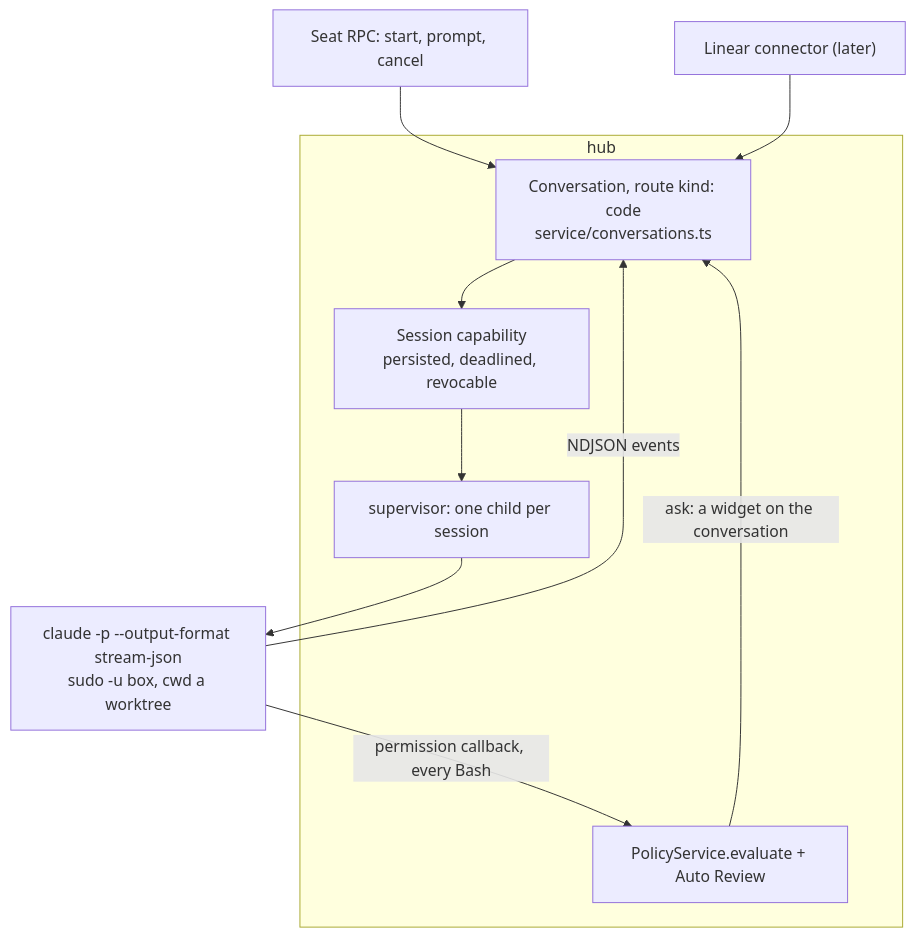
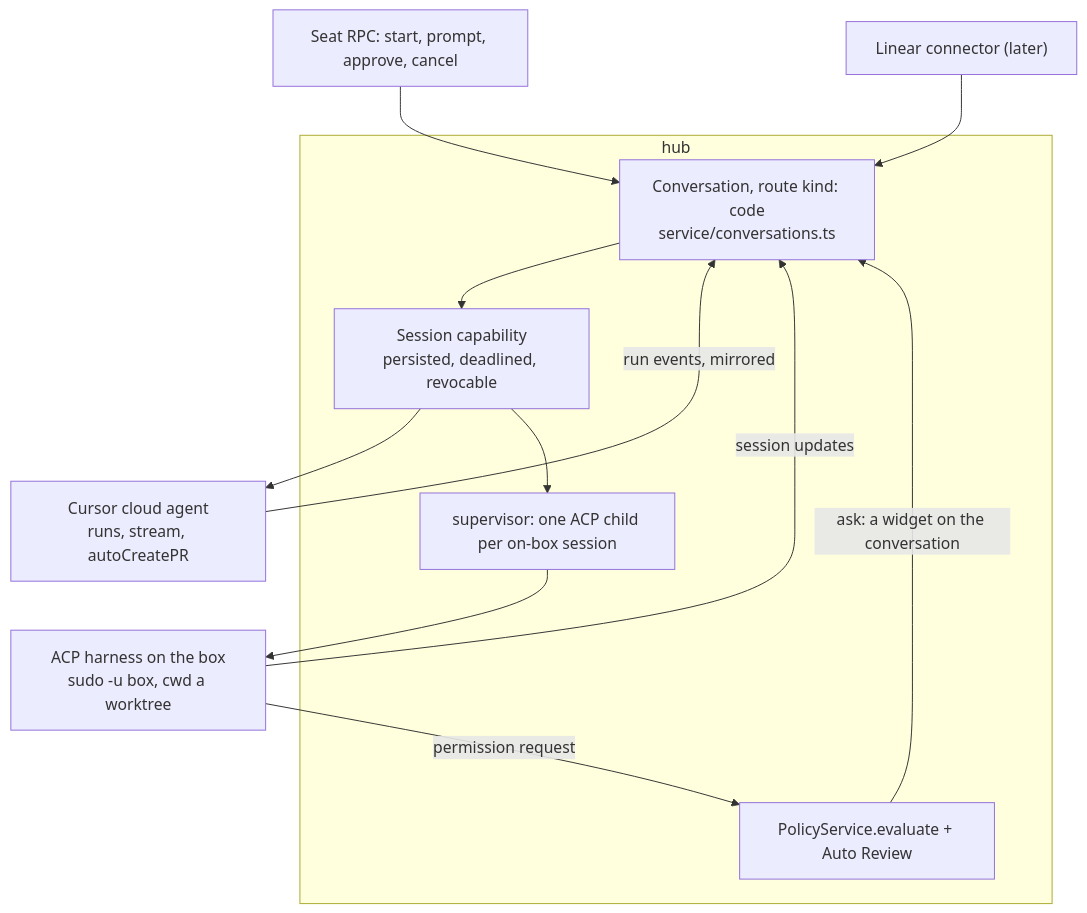
The diagram in docs/plans/coding-sessions.md (mblode/expert), drawn with Mermaid before and after one commit. The commit also changed other lines of this file, not shown here.

First line of the commit message:
Coding sessions: delegated by default, ACP when it must be on the box

````diff
--- a/docs/plans/coding-sessions.md
+++ b/docs/plans/coding-sessions.md
@@ -69,23 +71,26 @@
 ```mermaid
 flowchart TB
-  seat["Seat RPC: start, prompt, cancel"]
+  seat["Seat RPC: start, prompt, approve, cancel"]
   linear["Linear connector (later)"]
 
   subgraph hub["hub"]
     conv["Conversation, route kind: code<br/>service/conversations.ts"]
     cap["Session capability<br/>persisted, deadlined, revocable"]
     pol["PolicyService.evaluate + Auto Review"]
-    sup["supervisor: one child per session"]
+    sup["supervisor: one ACP child per on-box session"]
   end
 
-  cli["claude -p --output-format stream-json<br/>sudo -u box, cwd a worktree"]
+  cursor["Cursor cloud agent<br/>runs, stream, autoCreatePR"]
+  acp["ACP harness on the box<br/>sudo -u box, cwd a worktree"]
 
   seat --> conv
   linear --> conv
   conv --> cap
+  cap --> cursor
   cap --> sup
-  sup --> cli
-  cli -->|"NDJSON events"| conv
-  cli -->|"permission callback, every Bash"| pol
+  sup --> acp
+  cursor -->|"run events, mirrored"| conv
+  acp -->|"session updates"| conv
+  acp -->|"permission request"| pol
   pol -->|"ask: a widget on the conversation"| conv
 ```
````
